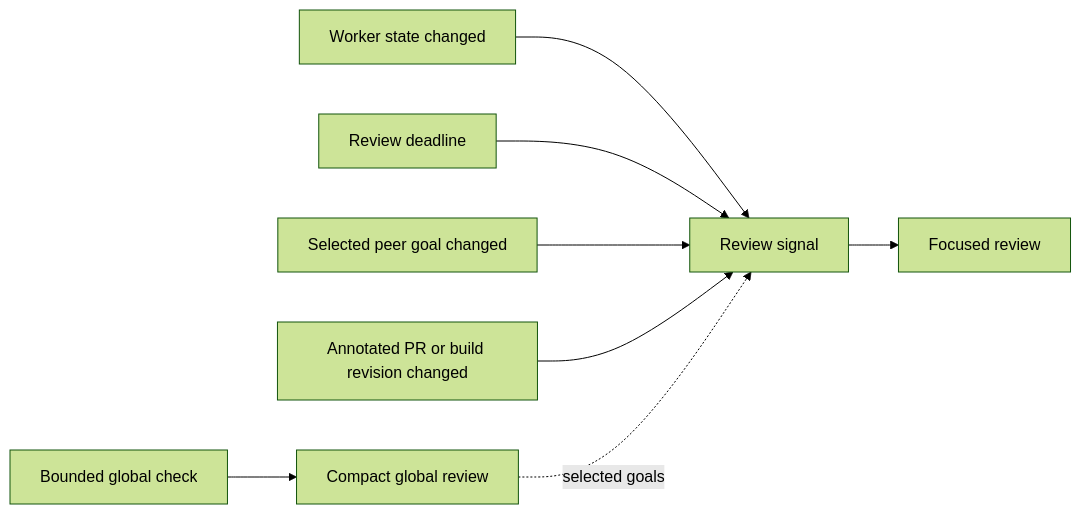
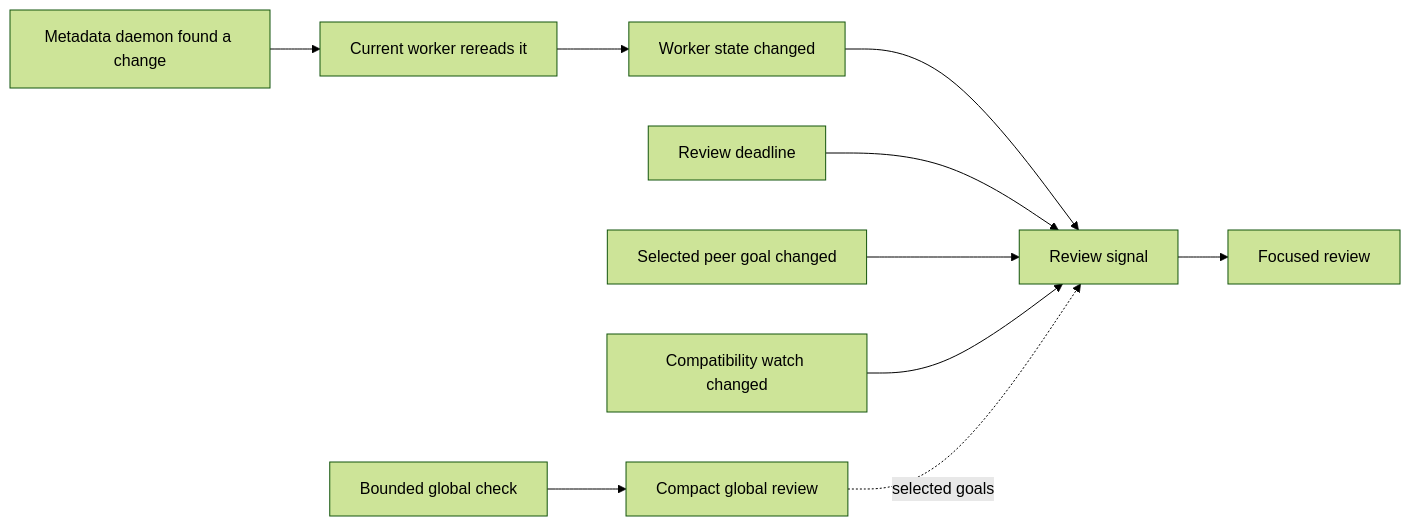
The second of 4 diagrams in docs/design.md (hao1939/herdr-supervisor), drawn with Mermaid (forest theme) before and after one commit. The commit also changed other lines of this file and 3 other files, not shown here.

````diff
--- a/docs/design.md
+++ b/docs/design.md
@@ -116,10 +116,12 @@
 ```mermaid
 flowchart LR
     A[Worker state changed] --> Q[Review signal]
     B[Review deadline] --> Q
     C[Selected peer goal changed] --> Q
-    D[Annotated PR or build revision changed] --> Q
+    D[Compatibility watch changed] --> Q
+    M[Metadata daemon found a change] --> W[Current worker rereads it]
+    W --> A
     Q --> R[Focused review]
     E[Bounded global check] --> G[Compact global review]
     G -. selected goals .-> Q
 ```
````
